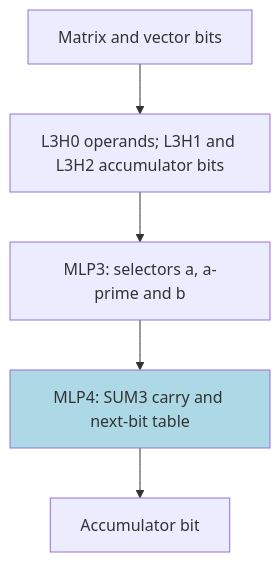
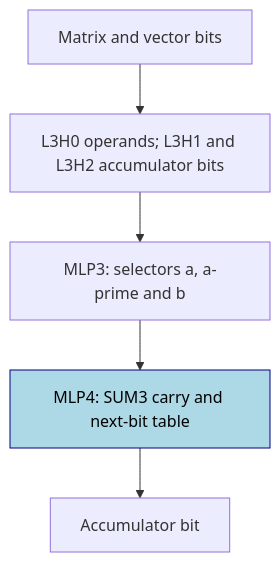
The first of 2 diagrams in entries/integer-matvec.md (jc1122/mechanistic-interpretability-circuit-atlas), drawn with Mermaid before and after one commit. The commit also changed other lines of this file and 40 other files, not shown here.

First line of the commit message:
Cold-reader pass on all 41 entries: reading routes, first-screen scopes, accessible diagrams, verified headline sources (ux_reader1/2)

````diff
--- a/entries/integer-matvec.md
+++ b/entries/integer-matvec.md
@@ -76,9 +78,11 @@
 ```mermaid
 flowchart TD
+    accTitle: Hand-built accumulator route
+    accDescr: Operand and accumulator-bit heads feed selectors and the carry and next-bit table. Only the final MLP is trained in PART.
     X["Matrix and vector bits"] --> F["L3H0 operands; L3H1 and L3H2 accumulator bits"]
     F --> S["MLP3: selectors a, a-prime and b"]
     S --> M["MLP4: SUM3 carry and next-bit table"]
     M --> Y["Accumulator bit"]
-    classDef trained fill:lightblue
+    classDef trained fill:lightblue,stroke:navy,color:black
     class M trained
 ```
````
